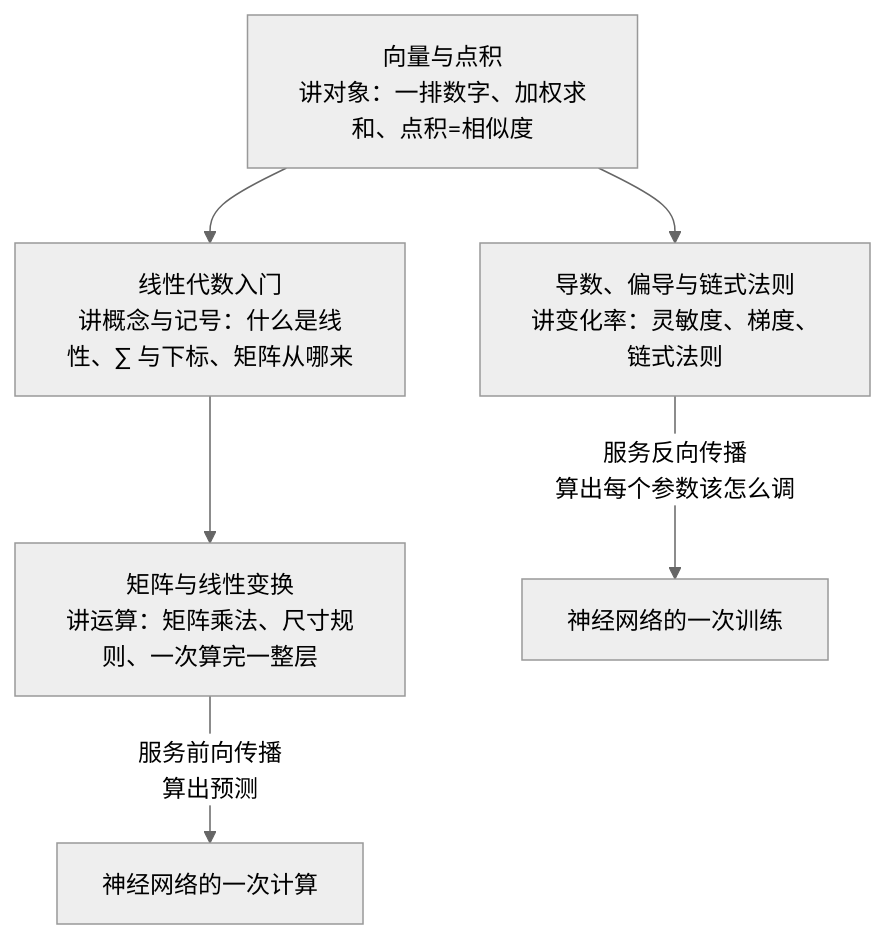
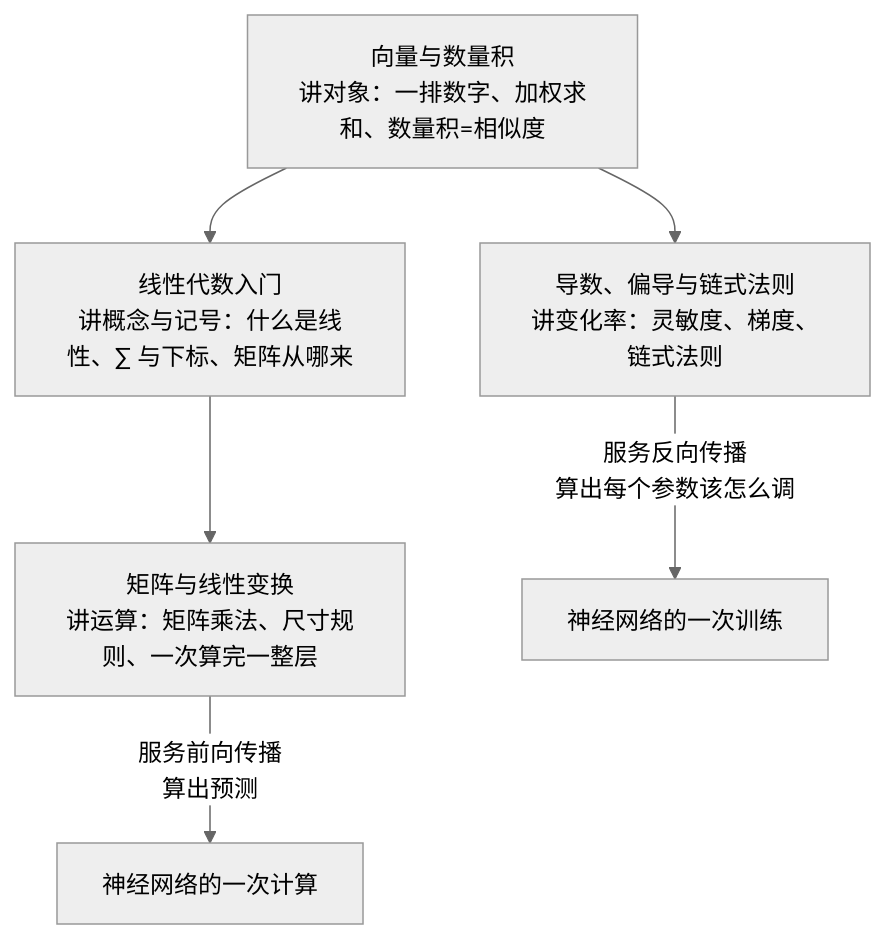
Before and after one commit to YuArtian/maraudersmap: the diagram in Marauder'sMap/Library/数学地基/Index.md, drawn with Mermaid (neutral theme). The commit also changed other lines of this file and 18 other files, not shown here.

````diff
--- a/Marauder'sMap/Library/数学地基/Index.md
+++ b/Marauder'sMap/Library/数学地基/Index.md
@@ -11,11 +11,11 @@
 ```mermaid
 flowchart TD
-    A["向量与点积<br/>讲对象：一排数字、加权求和、点积=相似度"]
+    A["向量与数量积<br/>讲对象：一排数字、加权求和、数量积=相似度"]
     B["线性代数入门<br/>讲概念与记号：什么是线性、∑ 与下标、矩阵从哪来"]
     C["矩阵与线性变换<br/>讲运算：矩阵乘法、尺寸规则、一次算完一整层"]
     D["导数、偏导与链式法则<br/>讲变化率：灵敏度、梯度、链式法则"]
     A --> B --> C
     A --> D
     C -->|"服务前向传播<br/>算出预测"| E["神经网络的一次计算"]
     D -->|"服务反向传播<br/>算出每个参数该怎么调"| F["神经网络的一次训练"]
 ```
````
